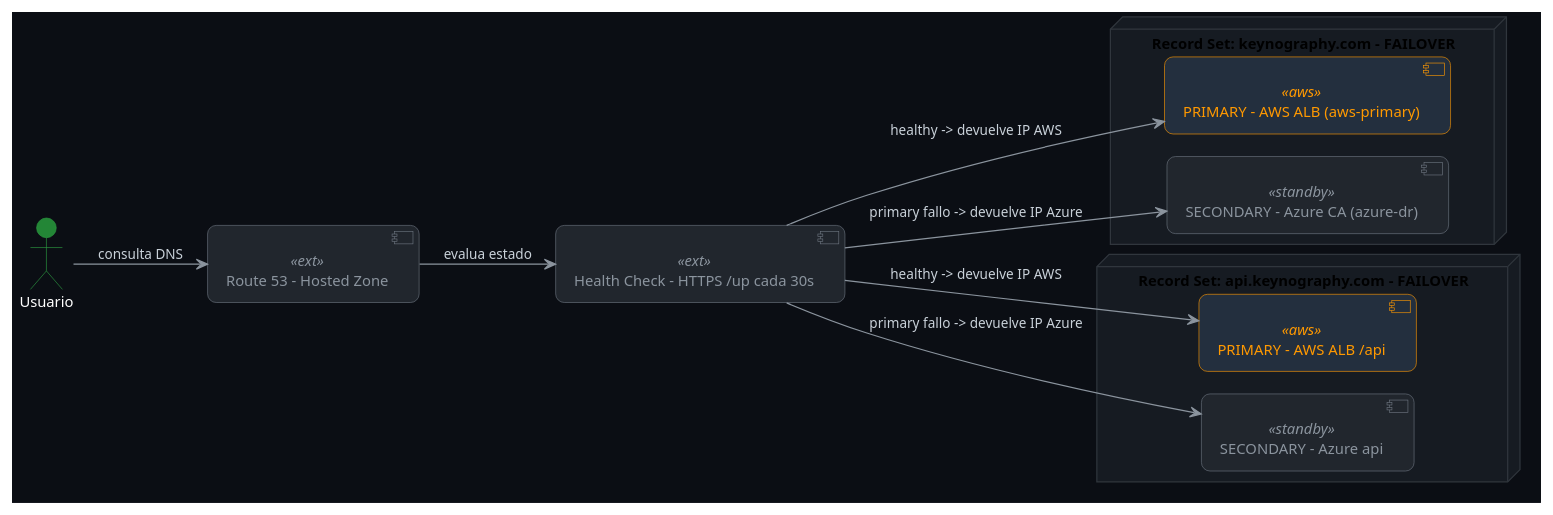
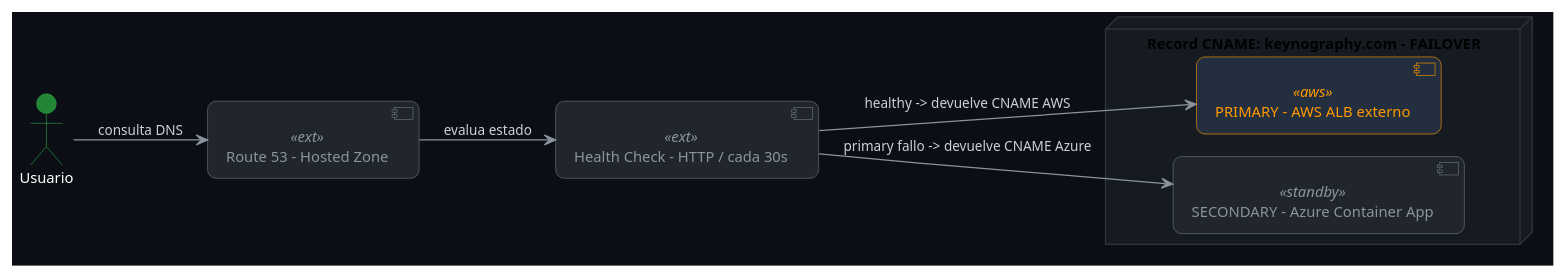
The sixth of 11 diagrams in docs/despliegue-multicloud.md (Aisaac123/KeyNography-), drawn with PlantUML before and after one commit. The commit also changed other lines of this file and 4 other files, not shown here.

````diff
--- a/docs/despliegue-multicloud.md
+++ b/docs/despliegue-multicloud.md
@@ -596,75 +605,69 @@
 ```plantuml
 @startuml DNS - Failover Routing Route53
 left to right direction
 !pragma layout smetana
 skinparam backgroundColor #0B0E14
 skinparam shadowing false
 skinparam defaultFontName "Segoe UI"
 skinparam defaultFontSize 12
 skinparam roundcorner 14
 skinparam nodesep 40
 skinparam ranksep 50
 skinparam ArrowColor #8B949E
 skinparam ArrowFontColor #C9D1D9
 skinparam ArrowFontSize 11
 skinparam actor {
   BackgroundColor #238636
   BorderColor #2EA043
   FontColor #FFFFFF
 }
 skinparam node {
   BackgroundColor #161B22
   BorderColor #30363D
 }
 skinparam component {
   BackgroundColor #21262D
   BorderColor #58A6FF
   FontColor #C9D1D9
 }
 skinparam component<<aws>> {
   BackgroundColor #232F3E
   BorderColor #FF9900
   FontColor #FF9900
 }
 skinparam component<<azure>> {
   BackgroundColor #0B2540
   BorderColor #0078D4
   FontColor #7CC4FF
 }
 skinparam component<<ok>> {
   BackgroundColor #0F5323
   BorderColor #238636
   FontColor #56D364
 }
 skinparam component<<standby>> {
   BackgroundColor #21262D
   BorderColor #6E7681
   FontColor #8B949E
 }
 skinparam component<<ext>> {
   BackgroundColor #21262D
   BorderColor #6E7681
   FontColor #8B949E
 }
 
 actor "Usuario" as u
 component "Route 53 - Hosted Zone" as r53 <<ext>>
-component "Health Check - HTTPS /up cada 30s" as hc <<ext>>
+component "Health Check - HTTP / cada 30s" as hc <<ext>>
 
-node "Record Set: keynography.com - FAILOVER" {
-  component "PRIMARY - AWS ALB (aws-primary)" as pri <<aws>>
-  component "SECONDARY - Azure CA (azure-dr)" as sec <<standby>>
-}
-node "Record Set: api.keynography.com - FAILOVER" {
-  component "PRIMARY - AWS ALB /api" as apri <<aws>>
-  component "SECONDARY - Azure api" as asec <<standby>>
+node "Record CNAME: keynography.com - FAILOVER" {
+  component "PRIMARY - AWS ALB externo" as pri <<aws>>
+  component "SECONDARY - Azure Container App" as sec <<standby>>
 }
 
 u --> r53 : consulta DNS
 r53 --> hc : evalua estado
-hc --> pri : healthy -> devuelve IP AWS
-hc --> sec : primary fallo -> devuelve IP Azure
-hc --> apri : healthy -> devuelve IP AWS
-hc --> asec : primary fallo -> devuelve IP Azure
+hc --> pri : healthy -> devuelve CNAME AWS
+hc --> sec : primary fallo -> devuelve CNAME Azure
 @enduml
 ```
````
